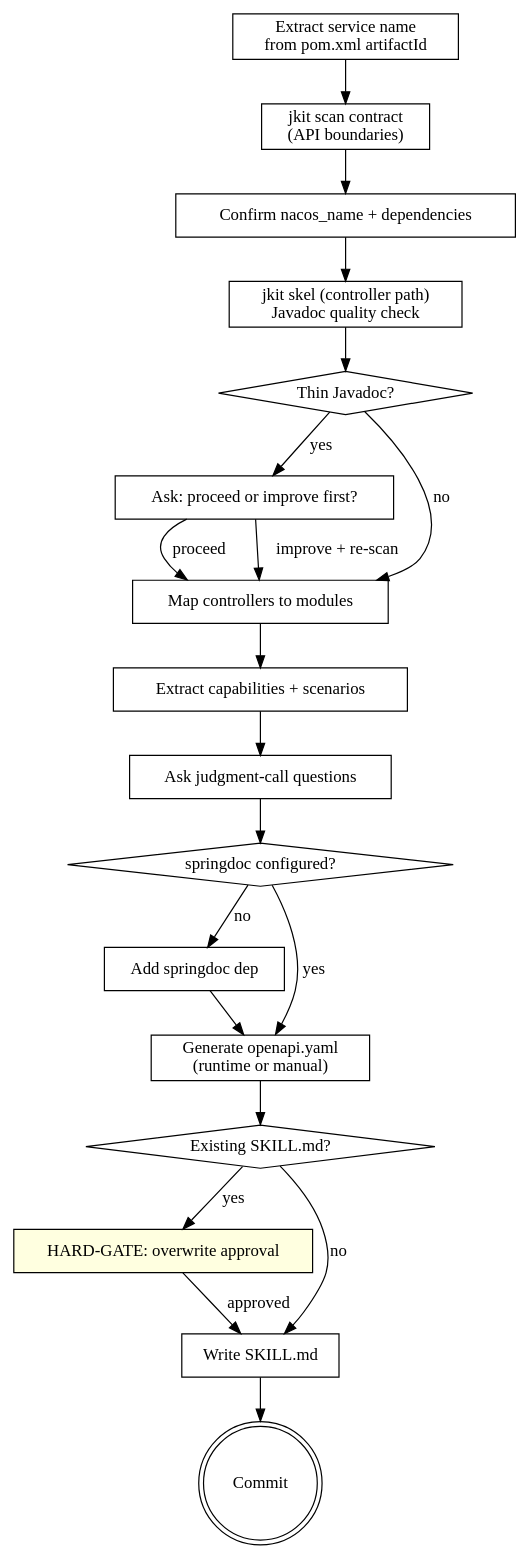
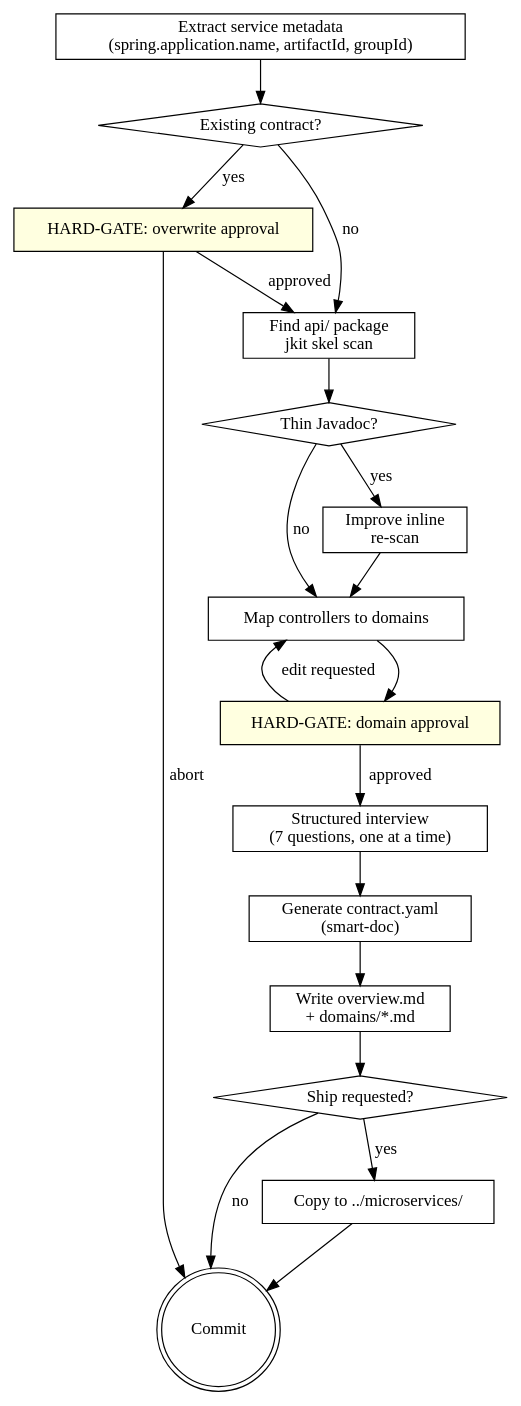
Before and after one commit to honghaowuu/jkit: the diagram in docs/superpowers/specs/2026-04-21-jkit-iter4-discoverability.md, drawn with Graphviz. The commit also changed other lines of this file and 4 other files, not shown here.

First line of the commit message:
fix(design): redesign quality layer — sql-migration split, JaCoCo integration, api-scenarios TDD

````diff
--- a/docs/superpowers/specs/2026-04-21-jkit-iter4-discoverability.md
+++ b/docs/superpowers/specs/2026-04-21-jkit-iter4-discoverability.md
@@ -56,40 +66,37 @@
 ```dot
 digraph publish_contract {
-    "Extract service name\nfrom pom.xml artifactId" [shape=box];
-    "jkit scan contract\n(API boundaries)" [shape=box];
-    "Confirm nacos_name + dependencies" [shape=box];
-    "jkit skel (controller path)\nJavadoc quality check" [shape=box];
+    "Extract service metadata\n(spring.application.name, artifactId, groupId)" [shape=box];
+    "Existing contract?" [shape=diamond];
+    "HARD-GATE: overwrite approval" [shape=box style=filled fillcolor=lightyellow];
+    "Find api/ package\njkit skel scan" [shape=box];
     "Thin Javadoc?" [shape=diamond];
-    "Ask: proceed or improve first?" [shape=box];
-    "Map controllers to modules" [shape=box];
-    "Extract capabilities + scenarios" [shape=box];
-    "Ask judgment-call questions" [shape=box];
-    "springdoc configured?" [shape=diamond];
-    "Add springdoc dep" [shape=box];
-    "Generate openapi.yaml\n(runtime or manual)" [shape=box];
-    "Existing SKILL.md?" [shape=diamond];
-    "HARD-GATE: overwrite approval" [shape=box style=filled fillcolor=lightyellow];
-    "Write SKILL.md" [shape=box];
+    "Improve inline\nre-scan" [shape=box];
+    "Map controllers to domains" [shape=box];
+    "HARD-GATE: domain approval" [shape=box style=filled fillcolor=lightyellow];
+    "Structured interview\n(7 questions, one at a time)" [shape=box];
+    "Generate contract.yaml\n(smart-doc)" [shape=box];
+    "Write overview.md\n+ domains/*.md" [shape=box];
+    "Ship requested?" [shape=diamond];
+    "Copy to ../microservices/" [shape=box];
     "Commit" [shape=doublecircle];
 
-    "Extract service name\nfrom pom.xml artifactId" -> "jkit scan contract\n(API boundaries)";
-    "jkit scan contract\n(API boundaries)" -> "Confirm nacos_name + dependencies";
-    "Confirm nacos_name + dependencies" -> "jkit skel (controller path)\nJavadoc quality check";
-    "jkit skel (controller path)\nJavadoc quality check" -> "Thin Javadoc?";
-    "Thin Javadoc?" -> "Ask: proceed or improve first?" [label="yes"];
-    "Thin Javadoc?" -> "Map controllers to modules" [label="no"];
-    "Ask: proceed or improve first?" -> "Map controllers to modules" [label="proceed"];
-    "Ask: proceed or improve first?" -> "Map controllers to modules" [label="improve + re-scan"];
-    "Map controllers to modules" -> "Extract capabilities + scenarios";
-    "Extract capabilities + scenarios" -> "Ask judgment-call questions";
-    "Ask judgment-call questions" -> "springdoc configured?";
-    "springdoc configured?" -> "Generate openapi.yaml\n(runtime or manual)" [label="yes"];
-    "springdoc configured?" -> "Add springdoc dep" [label="no"];
-    "Add springdoc dep" -> "Generate openapi.yaml\n(runtime or manual)";
-    "Generate openapi.yaml\n(runtime or manual)" -> "Existing SKILL.md?";
-    "Existing SKILL.md?" -> "HARD-GATE: overwrite approval" [label="yes"];
-    "Existing SKILL.md?" -> "Write SKILL.md" [label="no"];
-    "HARD-GATE: overwrite approval" -> "Write SKILL.md" [label="approved"];
-    "Write SKILL.md" -> "Commit";
+    "Extract service metadata\n(spring.application.name, artifactId, groupId)" -> "Existing contract?";
+    "Existing contract?" -> "HARD-GATE: overwrite approval" [label="yes"];
+    "Existing contract?" -> "Find api/ package\njkit skel scan" [label="no"];
+    "HARD-GATE: overwrite approval" -> "Find api/ package\njkit skel scan" [label="approved"];
+    "HARD-GATE: overwrite approval" -> "Commit" [label="abort"];
+    "Find api/ package\njkit skel scan" -> "Thin Javadoc?";
+    "Thin Javadoc?" -> "Improve inline\nre-scan" [label="yes"];
+    "Thin Javadoc?" -> "Map controllers to domains" [label="no"];
+    "Improve inline\nre-scan" -> "Map controllers to domains";
+    "Map controllers to domains" -> "HARD-GATE: domain approval";
+    "HARD-GATE: domain approval" -> "Structured interview\n(7 questions, one at a time)" [label="approved"];
+    "HARD-GATE: domain approval" -> "Map controllers to domains" [label="edit requested"];
+    "Structured interview\n(7 questions, one at a time)" -> "Generate contract.yaml\n(smart-doc)";
+    "Generate contract.yaml\n(smart-doc)" -> "Write overview.md\n+ domains/*.md";
+    "Write overview.md\n+ domains/*.md" -> "Ship requested?";
+    "Ship requested?" -> "Copy to ../microservices/" [label="yes"];
+    "Ship requested?" -> "Commit" [label="no"];
+    "Copy to ../microservices/" -> "Commit";
 }
 ```
````
